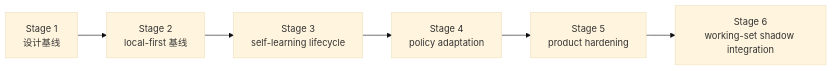
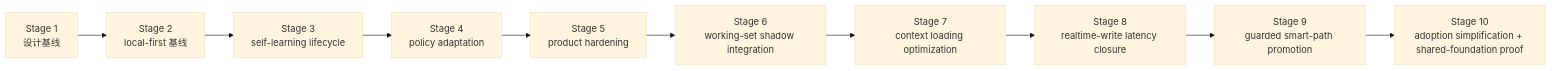
The diagram in docs/roadmap.zh-CN.md (redcreen/memory-context-claw), drawn with Mermaid (base theme) before and after one commit. The commit also changed other lines of this file and 9 other files, not shown here.

Commit message:
Reframe roadmap around context optimization closure

````diff
--- a/docs/roadmap.zh-CN.md
+++ b/docs/roadmap.zh-CN.md
@@ -160,8 +178,12 @@
 ```mermaid
 flowchart LR
     A["Stage 1<br/>设计基线"] --> B["Stage 2<br/>local-first 基线"]
     B --> C["Stage 3<br/>self-learning lifecycle"]
     C --> D["Stage 4<br/>policy adaptation"]
     D --> E["Stage 5<br/>product hardening"]
     E --> F["Stage 6<br/>working-set shadow integration"]
+    F --> G["Stage 7<br/>context loading optimization"]
+    G --> H["Stage 8<br/>realtime-write latency closure"]
+    H --> I["Stage 9<br/>guarded smart-path promotion"]
+    I --> J["Stage 10<br/>adoption simplification + shared-foundation proof"]
 ```
````
